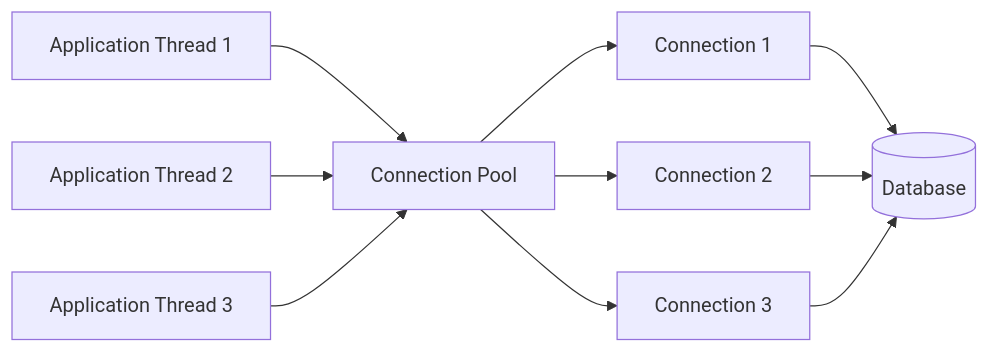
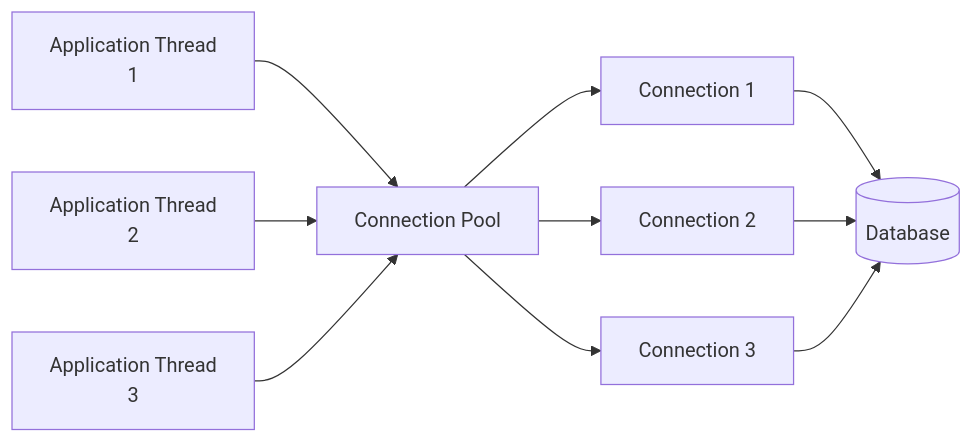
Before and after one commit to amitdevx/TY: the second of 2 diagrams in 02-Semester-VI/CS-351-MJ-T-Advanced-Java/Unit-3.md, drawn with Mermaid. The commit also changed other lines of this file and 65 other files, not shown here.

Commit message:
fix:graph vertical

````diff
--- a/02-Semester-VI/CS-351-MJ-T-Advanced-Java/Unit-3.md
+++ b/02-Semester-VI/CS-351-MJ-T-Advanced-Java/Unit-3.md
@@ -331,12 +331,12 @@
 ```mermaid
 graph LR
-  App1[Application Thread 1] --> Pool[Connection Pool]
-  App2[Application Thread 2] --> Pool
-  App3[Application Thread 3] --> Pool
+  App1[Application Thread<br/>1] --> Pool[Connection Pool]
+  App2[Application Thread<br/>2] --> Pool
+  App3[Application Thread<br/>3] --> Pool
   Pool --> C1[Connection 1]
   Pool --> C2[Connection 2]
   Pool --> C3[Connection 3]
   C1 --> DB[(Database)]
   C2 --> DB
   C3 --> DB
 ```
````
